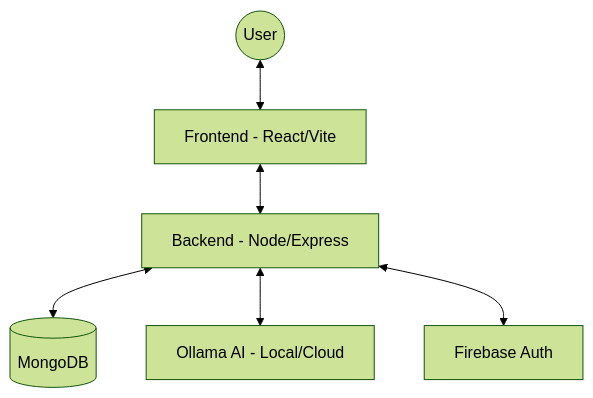
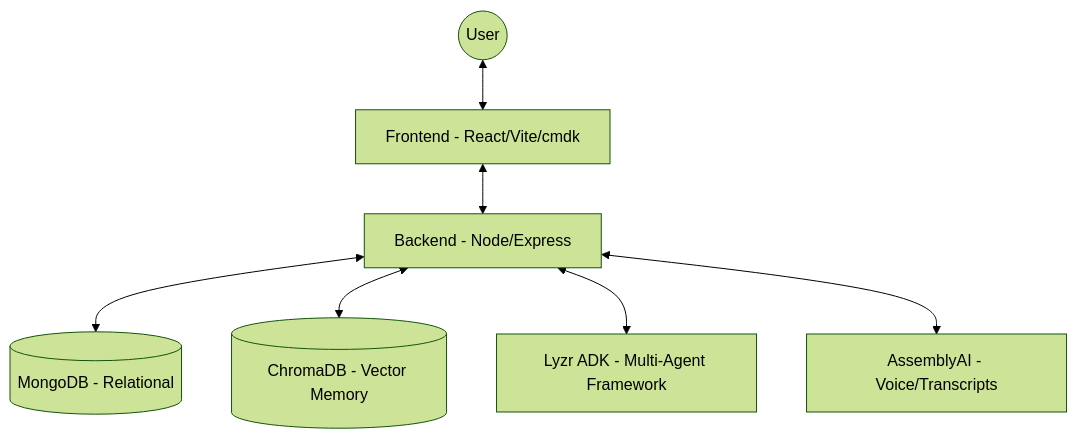
The diagram in README.md (Manideep667320/Cogniva), drawn with Mermaid (forest theme) before and after one commit. The commit also changed other lines of this file and 46 other files, not shown here.

````diff
--- a/README.md
+++ b/README.md
@@ -31,8 +30,9 @@
 ```mermaid
 graph TD
-    User((User)) <--> Frontend[Frontend - React/Vite]
+    User((User)) <--> Frontend[Frontend - React/Vite/cmdk]
     Frontend <--> Backend[Backend - Node/Express]
-    Backend <--> DB[(MongoDB)]
-    Backend <--> Ollama[Ollama AI - Local/Cloud]
-    Backend <--> Firebase[Firebase Auth]
+    Backend <--> MongoDB[(MongoDB - Relational)]
+    Backend <--> ChromaDB[(ChromaDB - Vector Memory)]
+    Backend <--> Lyzr[Lyzr ADK - Multi-Agent Framework]
+    Backend <--> AAI[AssemblyAI - Voice/Transcripts]
 ```
````
